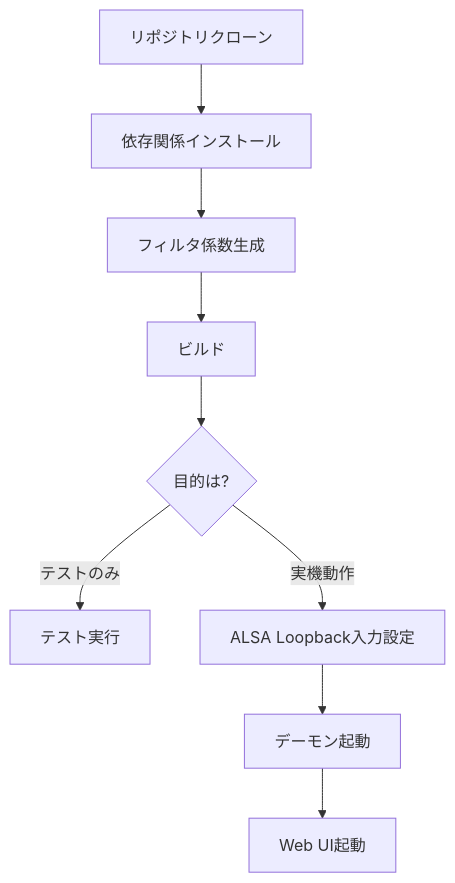
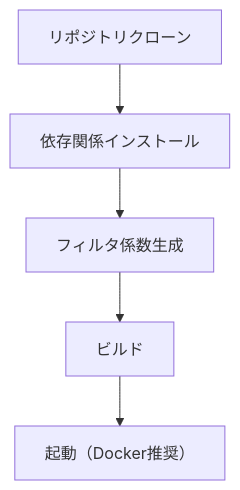
The diagram in docs/setup/README.md (michihitoTakami/totton_audio_project), drawn with Mermaid before and after one commit. The commit also changed other lines of this file and 7 other files, not shown here.

````diff
--- a/docs/setup/README.md
+++ b/docs/setup/README.md
@@ -68,11 +65,7 @@
 ```mermaid
 flowchart TD
     A[リポジトリクローン] --> B[依存関係インストール]
     B --> C[フィルタ係数生成]
     C --> D[ビルド]
-    D --> E{目的は?}
-    E -->|テストのみ| F[テスト実行]
-    E -->|実機動作| G[ALSA Loopback入力設定]
-    G --> H[デーモン起動]
-    H --> I[Web UI起動]
+    D --> E[起動（Docker推奨）]
 ```
````
